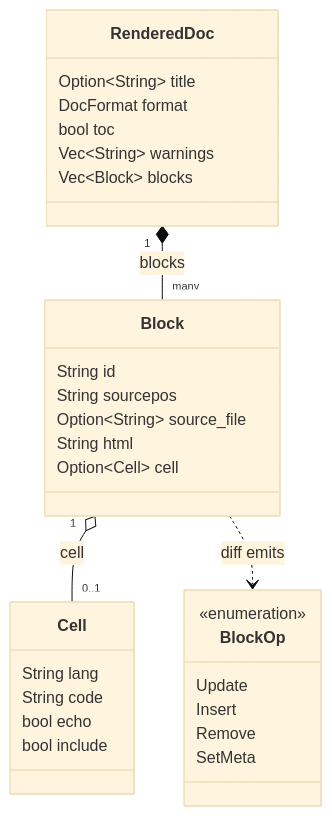
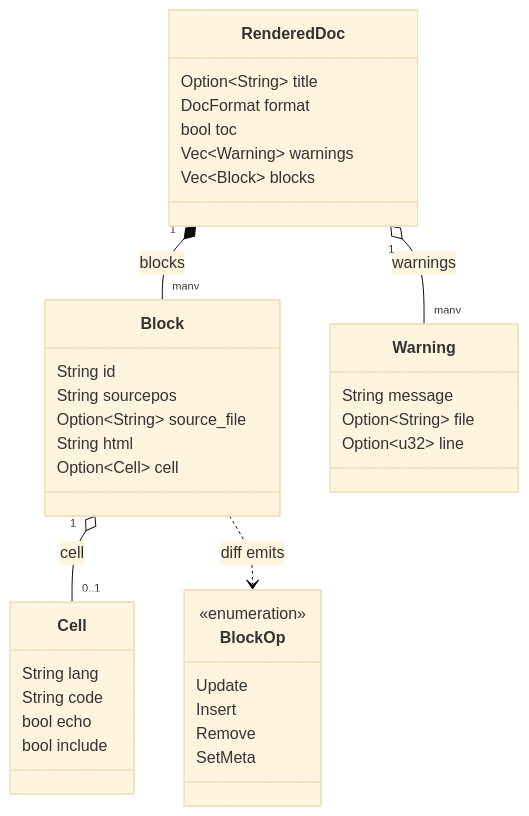
Before and after one commit to AJBogo9/taliesin: the fifth of 5 diagrams in docs/internals/architecture.qmd, drawn with Mermaid (base theme). The commit also changed other lines of this file and 15 other files, not shown here.

````diff
--- a/docs/internals/architecture.qmd
+++ b/docs/internals/architecture.qmd
@@ -147,35 +148,41 @@
 ```{mermaid}
 %%| label: fig-data-model
-%%| fig-cap: "The core data model: what flows from the parser to the client."
+%%| fig-cap: "The core data model (key fields shown): what flows from the parser to the client."
 classDiagram
   class RenderedDoc {
     Option~String~ title
     DocFormat format
     bool toc
-    Vec~String~ warnings
+    Vec~Warning~ warnings
     Vec~Block~ blocks
   }
   class Block {
     String id
     String sourcepos
     Option~String~ source_file
     String html
     Option~Cell~ cell
   }
   class Cell {
     String lang
     String code
     bool echo
     bool include
   }
   class BlockOp {
     <<enumeration>>
     Update
     Insert
     Remove
     SetMeta
   }
+  class Warning {
+    String message
+    Option~String~ file
+    Option~u32~ line
+  }
   RenderedDoc "1" *-- "many" Block : blocks
+  RenderedDoc "1" o-- "many" Warning : warnings
   Block "1" o-- "0..1" Cell : cell
   Block ..> BlockOp : diff emits
 ```
````
